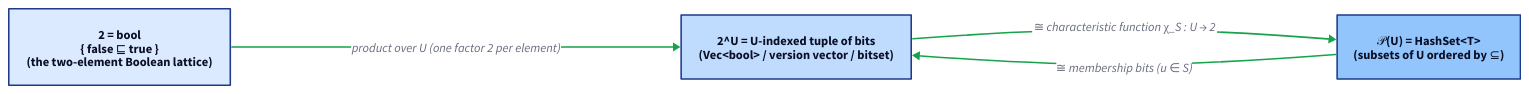
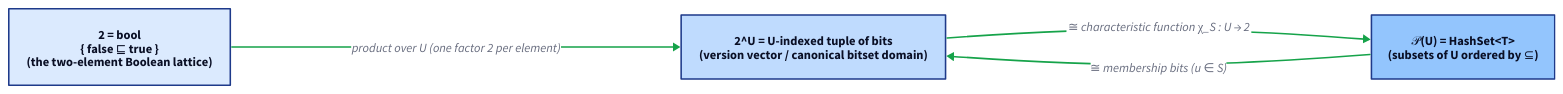
Before and after one commit to vinary-tree/llattice: the diagram in docs/theory/figures/powerset-iso.d2, drawn with D2. The commit also changed 64 other files, not shown here.

```diff
--- a/docs/theory/figures/powerset-iso.d2
+++ b/docs/theory/figures/powerset-iso.d2
@@ -1,19 +1,19 @@
 # The unifying isomorphism 𝒫(U) ≅ 2^U: a subset of U is the same datum as a U-indexed tuple of bits,
-# which is the same as a function U → 2. This ties together three built-in impls — bool (the factor 2),
-# Vec<bool>/version-vector (the product 2^U), and HashSet (the powerset 𝒫(U)).
+# which is the same as a function U → 2. This ties together the built-in bool
+# and HashSet domains with external version-vector/bitset product domains.
 # Render:  d2 powerset-iso.d2 powerset-iso.svg     Tool: D2 (uml_architecture, mapping diagram).
 direction: right
 
 two:  "2  =  bool\n{ false ⊑ true }\n(the two-element Boolean lattice)" {
   style: { fill: "#DBEAFE"; stroke: "#1E3A8A" }
 }
-prod: "2^U  =  U-indexed tuple of bits\n(Vec<bool> / version vector / bitset)" {
+prod: "2^U  =  U-indexed tuple of bits\n(version vector / canonical bitset domain)" {
   style: { fill: "#BFDBFE"; stroke: "#1E3A8A" }
 }
 pset: "𝒫(U)  =  HashSet<T>\n(subsets of U ordered by ⊆)" {
   style: { fill: "#93C5FD"; stroke: "#1E3A8A" }
 }
 
 two -> prod:  "product over U (one factor 2 per element)" { style.stroke: "#16A34A" }
 prod -> pset: "≅  characteristic function χ_S : U → 2" { style.stroke: "#16A34A"; style.stroke-width: 2 }
 pset -> prod: "≅  membership bits  (u ∈ S)" { style.stroke: "#16A34A"; style.stroke-width: 2 }
```
